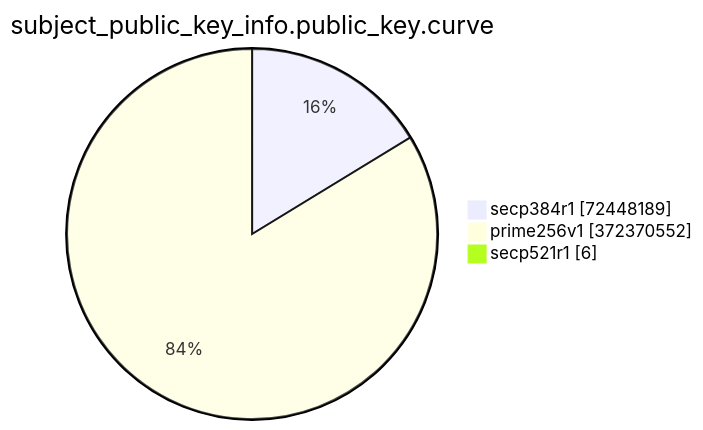
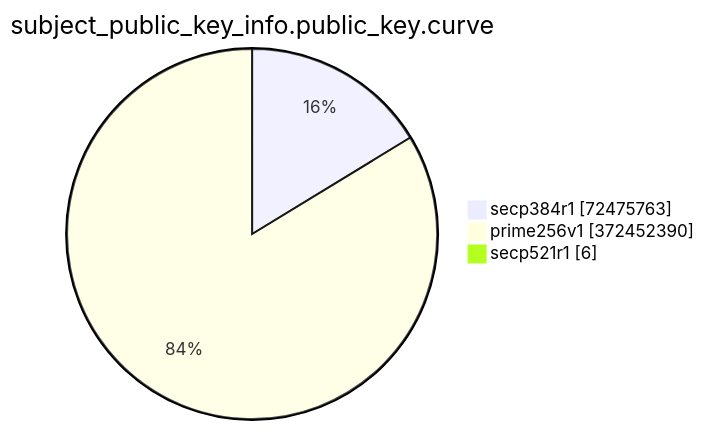
The eighth of 15 diagrams in TOTAL/README.md (christiankrug/ctmonitor_visualization), drawn with Mermaid before and after one commit. The commit also changed other lines of this file, not shown here.

````diff
--- a/TOTAL/README.md
+++ b/TOTAL/README.md
@@ -3092,7 +3092,7 @@
 ```mermaid
 pie showData
 title subject_public_key_info.public_key.curve
-"secp384r1" :72448189
-"prime256v1" :372370552
+"secp384r1" :72475763
+"prime256v1" :372452390
 "secp521r1" :6
 ```
````
